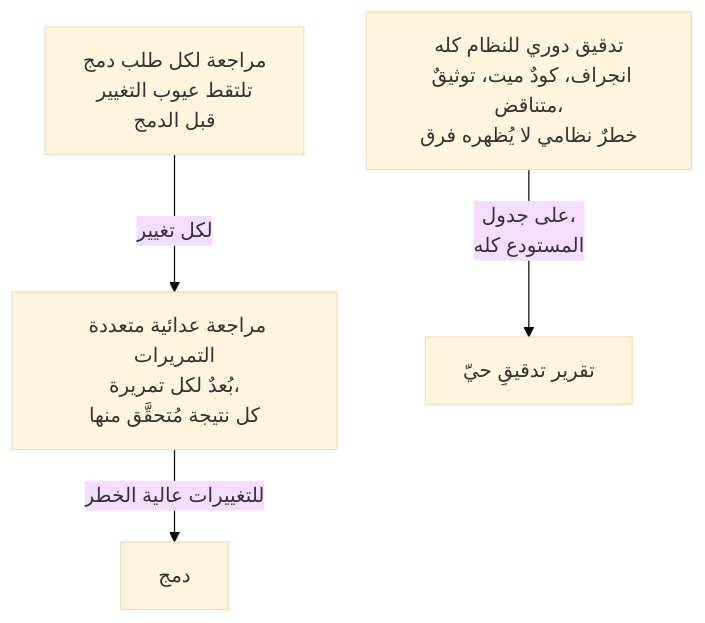
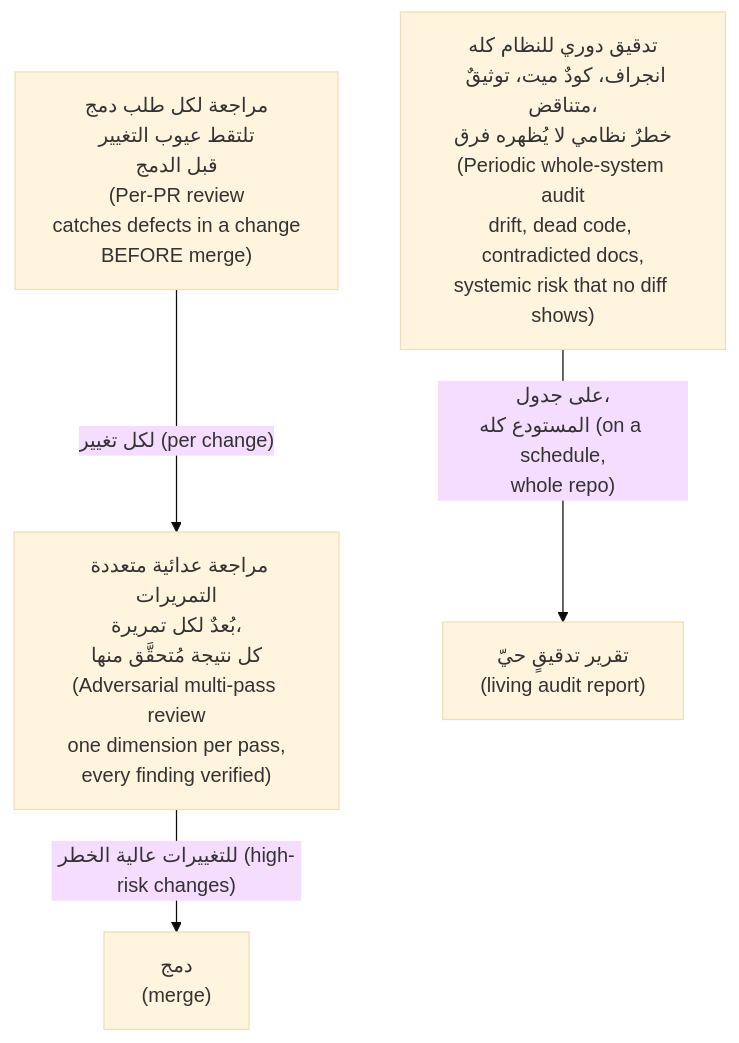
Before and after one commit to Tamoura/system-design-for-vibe-coders: the seventh of 8 diagrams in modules/09-directing-ai-team/module.ar.md, drawn with Mermaid (base theme). The commit also changed other lines of this file and 62 other files, not shown here.

First line of the commit message:
Arabic editions: English on every diagram label, RTL fixes, rebuild

````diff
--- a/modules/09-directing-ai-team/module.ar.md
+++ b/modules/09-directing-ai-team/module.ar.md
@@ -620,9 +620,9 @@
 ```mermaid
 flowchart TD
-    A["مراجعة لكل طلب دمج<br/>تلتقط عيوب التغيير<br/>قبل الدمج"]
-    B["مراجعة عدائية متعددة التمريرات<br/>بُعدٌ لكل تمريرة،<br/>كل نتيجة مُتحقَّق منها"]
-    C["تدقيق دوري للنظام كله<br/>انجراف، كودٌ ميت، توثيقٌ متناقض،<br/>خطرٌ نظامي لا يُظهره فرق"]
-    A -->|"لكل تغيير"| B
-    B -->|"للتغييرات عالية الخطر"| Done["دمج"]
-    C -->|"على جدول،<br/>المستودع كله"| Report["تقرير تدقيقٍ حيّ"]
+    A["مراجعة لكل طلب دمج<br/>تلتقط عيوب التغيير<br/>قبل الدمج<br/>(Per-PR review<br/>catches defects in a change<br/>BEFORE merge)"]
+    B["مراجعة عدائية متعددة التمريرات<br/>بُعدٌ لكل تمريرة،<br/>كل نتيجة مُتحقَّق منها<br/>(Adversarial multi-pass review<br/>one dimension per pass,<br/>every finding verified)"]
+    C["تدقيق دوري للنظام كله<br/>انجراف، كودٌ ميت، توثيقٌ متناقض،<br/>خطرٌ نظامي لا يُظهره فرق<br/>(Periodic whole-system audit<br/>drift, dead code, contradicted docs,<br/>systemic risk that no diff shows)"]
+    A -->|"لكل تغيير (per change)"| B
+    B -->|"للتغييرات عالية الخطر (high-risk changes)"| Done["دمج<br/>(merge)"]
+    C -->|"على جدول،<br/>المستودع كله (on a schedule,<br/>whole repo)"| Report["تقرير تدقيقٍ حيّ<br/>(living audit report)"]
 ```
````
